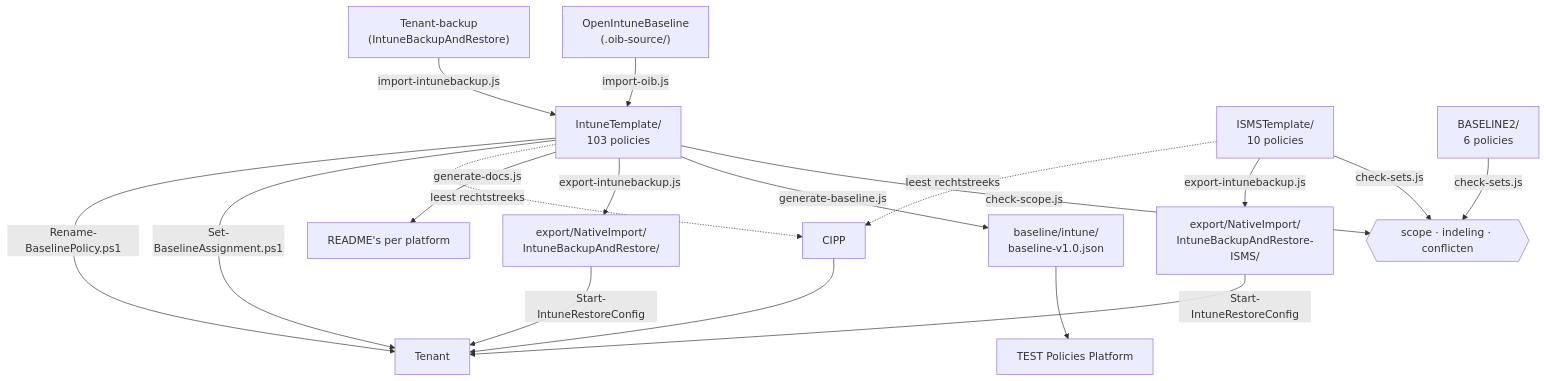
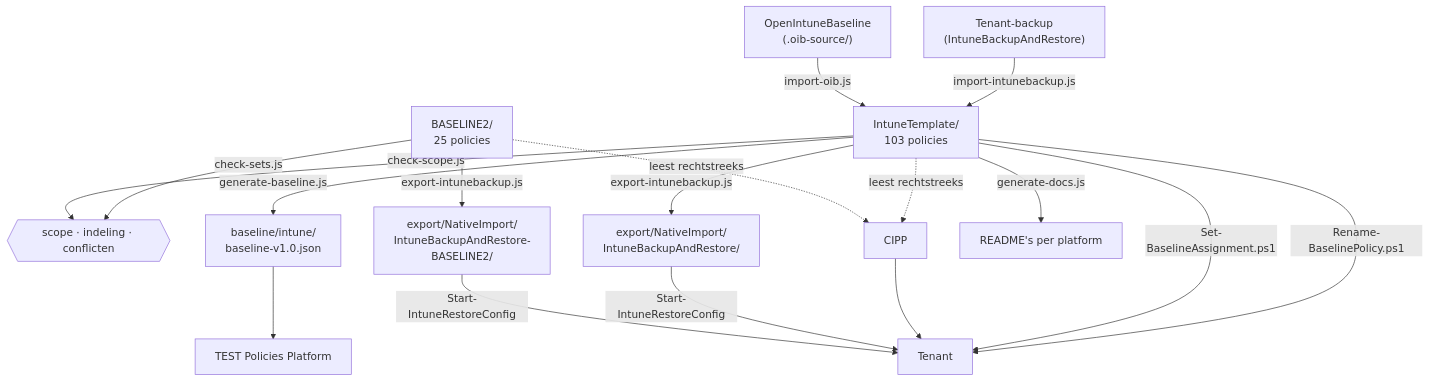
One commit to sjkanon/IntuneBackup changed the diagram in scripts/README.md. Above: the diagram before and after it, drawn with Mermaid. The commit also changed other lines of this file and 71 other files, not shown here.

First line of the commit message:
BASELINE2 compleet: 25 policies, ISMS-set erin opgegaan

````diff
--- a/scripts/README.md
+++ b/scripts/README.md
@@ -7,21 +7,20 @@
 ```mermaid
 flowchart TD
   OIB["OpenIntuneBaseline<br/>(.oib-source/)"] -->|import-oib.js| T
   TEN["Tenant-backup<br/>(IntuneBackupAndRestore)"] -->|import-intunebackup.js| T
   T["IntuneTemplate/<br/>103 policies"]
   T -->|check-scope.js| CHK{{"scope · indeling · conflicten"}}
   T -->|generate-baseline.js| BL["baseline/intune/<br/>baseline-v1.0.json"]
   T -->|export-intunebackup.js| EX["export/NativeImport/<br/>IntuneBackupAndRestore/"]
-  I["ISMSTemplate/<br/>10 policies"] -->|check-sets.js| CHK
-  B2["BASELINE2/<br/>6 policies"] -->|check-sets.js| CHK
-  I -->|export-intunebackup.js| EXI["export/NativeImport/<br/>IntuneBackupAndRestore-ISMS/"]
+  I["BASELINE2/<br/>25 policies"] -->|check-sets.js| CHK
+  I -->|export-intunebackup.js| EXI["export/NativeImport/<br/>IntuneBackupAndRestore-BASELINE2/"]
   I -.->|leest rechtstreeks| CIPP
   EXI -->|Start-IntuneRestoreConfig| TENANT
   T -->|generate-docs.js| DOC["README's per platform"]
   T -.->|leest rechtstreeks| CIPP["CIPP"]
   BL --> PLAT["TEST Policies Platform"]
   EX -->|Start-IntuneRestoreConfig| TENANT["Tenant"]
   CIPP --> TENANT
   T -->|Set-BaselineAssignment.ps1| TENANT
   T -->|Rename-BaselinePolicy.ps1| TENANT
 ```
````
